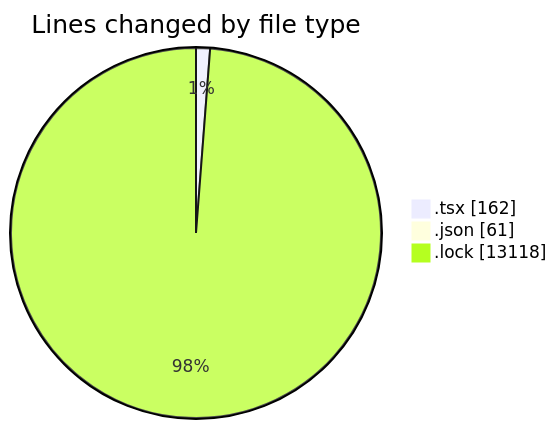
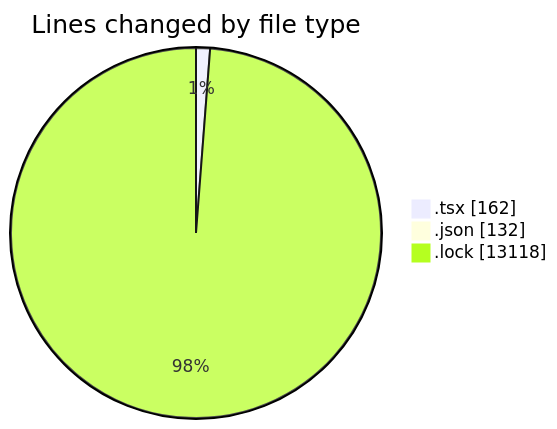
One commit to momahboobian/code-tracking changed the first of 2 diagrams in 2025-02-09/cda/README.md. Above: the diagram before and after it, drawn with Mermaid. The commit also changed other lines of this file and 1 other file, not shown here.

````diff
--- a/2025-02-09/cda/README.md
+++ b/2025-02-09/cda/README.md
@@ -24,7 +25,7 @@
 ```mermaid
 pie showData
 title Lines changed by file type
 ".tsx" : 162
-".json" : 61
+".json" : 132
 ".lock" : 13118
 ```
````
